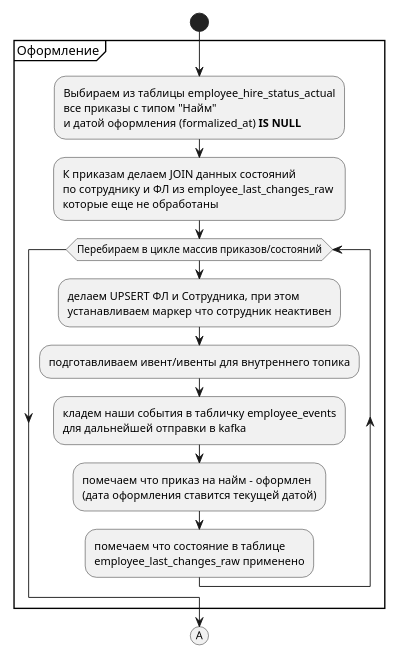
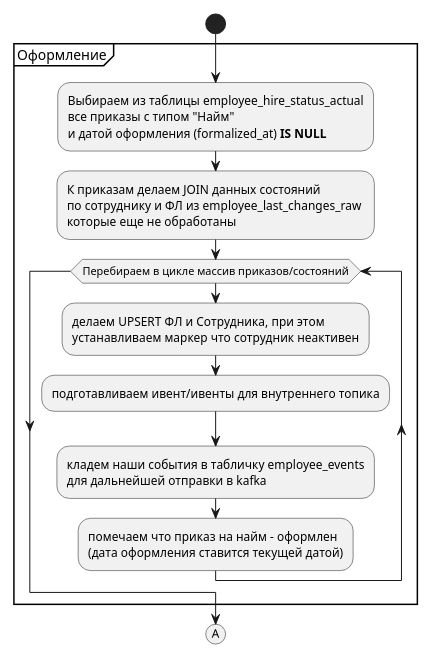
One commit to x666ep/staff-core-architectural-analysis changed the ninth of 13 diagrams in data/diagrams/staff-core.wsd. Above: the diagram before and after it, drawn with PlantUML. The commit also changed 2 other files, not shown here.

```diff
--- a/data/diagrams/staff-core.wsd
+++ b/data/diagrams/staff-core.wsd
@@ -241,25 +241,23 @@
 @startuml ProcessEmployeeUpdatesPg1
 skinparam ConditionEndStyle hline 
 scale max 500 height
     start
         group Оформление
             :Выбираем из таблицы employee_hire_status_actual 
             все приказы с типом "Найм" 
             и датой оформления (formalized_at) **IS NULL**;
             :К приказам делаем JOIN данных состояний 
             по сотруднику и ФЛ из employee_last_changes_raw 
             которые еще не обработаны;
             while (Перебираем в цикле массив приказов/состояний)
                 :делаем UPSERT ФЛ и Сотрудника, при этом
                 устанавливаем маркер что сотрудник неактивен;
                 :подготавливаем ивент/ивенты для внутреннего топика;
                 :кладем наши события в табличку employee_events
                 для дальнейшей отправки в kafka;
                 :помечаем что приказ на найм - оформлен 
                 (дата оформления ставится текущей датой);
-                :помечаем что состояние в таблице 
-                employee_last_changes_raw применено;
             endwhile
         end group
         (A)
 @enduml
```
